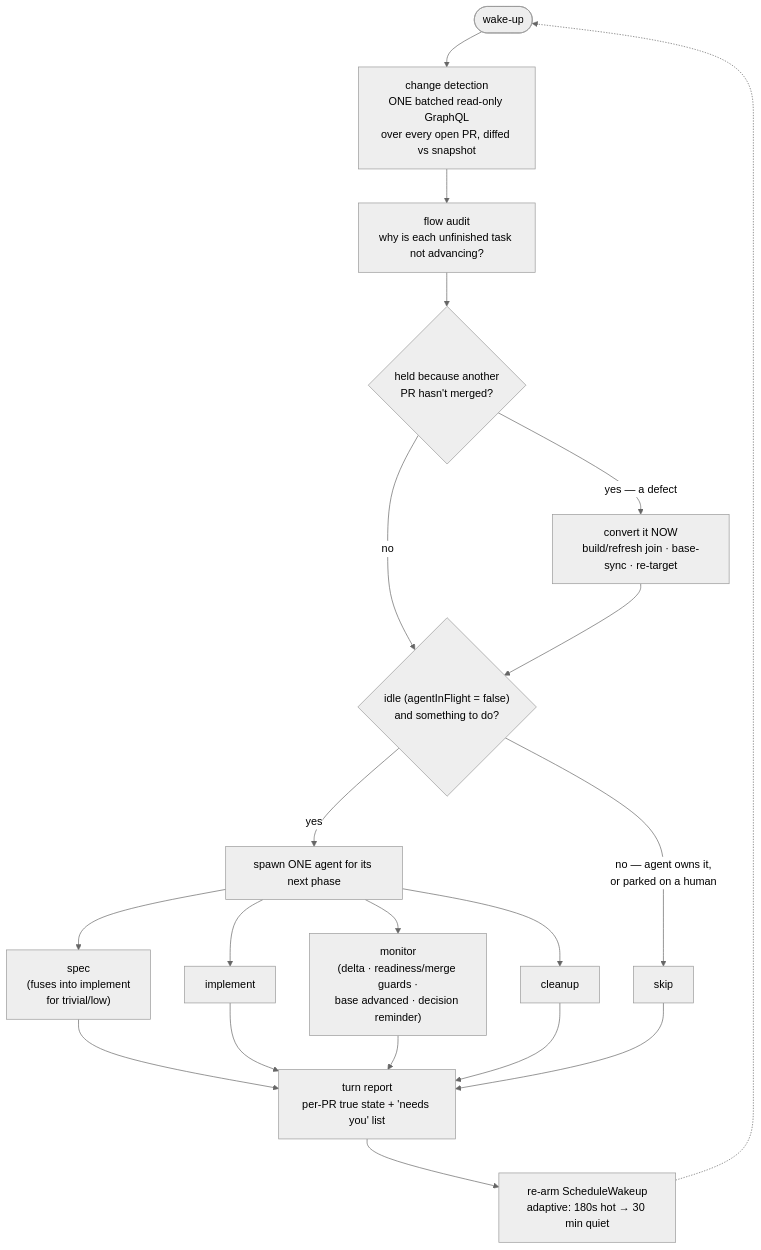
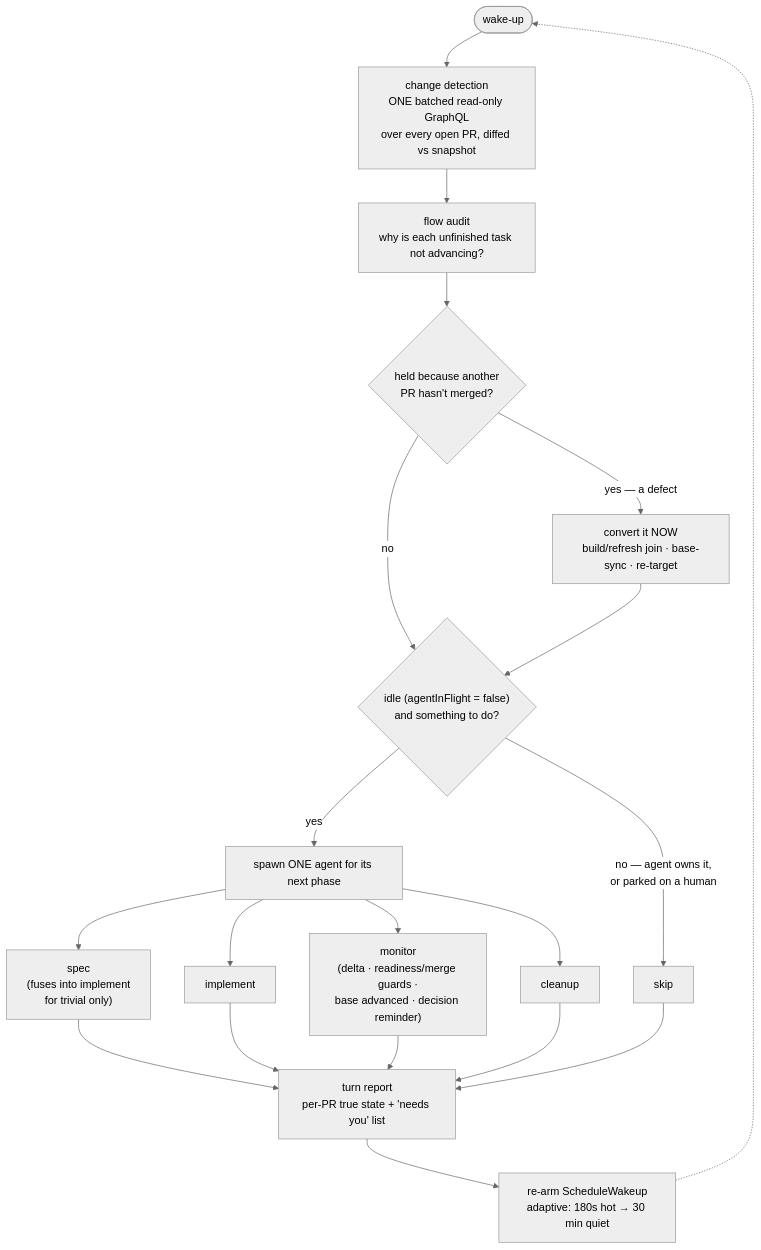
The fifth of 9 diagrams in plugins/cadence/README.md (hugo-hsbtech/hsb-plugin-marketplace), drawn with Mermaid (neutral theme) before and after one commit. The commit also changed other lines of this file and 9 other files, not shown here.

````diff
--- a/plugins/cadence/README.md
+++ b/plugins/cadence/README.md
@@ -396,19 +396,19 @@
 ```mermaid
 flowchart TD
   W(["wake-up"]) --> CD["change detection<br/>ONE batched read-only GraphQL<br/>over every open PR, diffed vs snapshot"]
   CD --> FA["flow audit<br/>why is each unfinished task not advancing?"]
   FA --> Q{"held because another<br/>PR hasn't merged?"}
   Q -->|"yes — a defect"| CONV["convert it NOW<br/>build/refresh join · base-sync · re-target"]
   Q -->|no| G{"idle (agentInFlight = false)<br/>and something to do?"}
   CONV --> G
   G -->|"no — agent owns it,<br/>or parked on a human"| SKIP["skip"]
   G -->|yes| SP["spawn ONE agent for its next phase"]
-  SP --> A1["spec<br/>(fuses into implement<br/>for trivial/low)"]
+  SP --> A1["spec<br/>(fuses into implement<br/>for trivial only)"]
   SP --> A2["implement"]
   SP --> A3["monitor<br/>(delta · readiness/merge guards ·<br/>base advanced · decision reminder)"]
   SP --> A4["cleanup"]
   A1 & A2 & A3 & A4 --> RPT
   SKIP --> RPT["turn report<br/>per-PR true state + 'needs you' list"]
   RPT --> RE["re-arm ScheduleWakeup<br/>adaptive: 180s hot → 30 min quiet"]
   RE -.-> W
 ```
````
